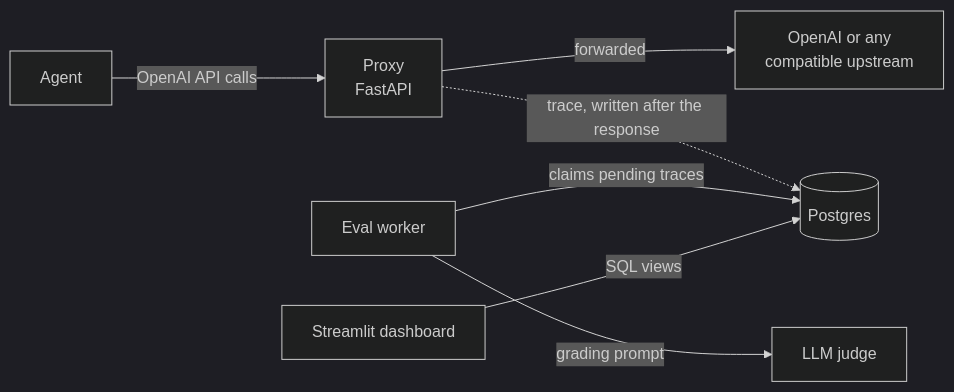
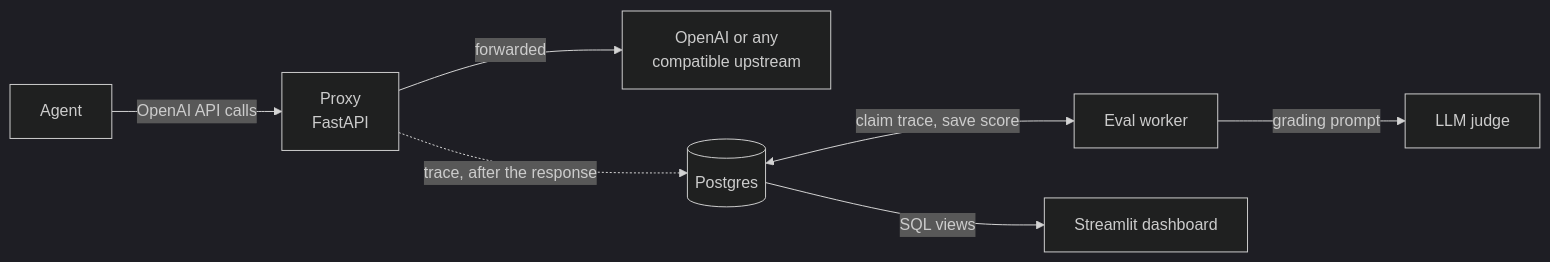
The diagram in README.md (Bala-vikram8/Agent-Eval-Proxy), drawn with Mermaid (dark theme) before and after one commit. The commit also changed 1 other file, not shown here.

Commit message:
Untangle the README diagram and loosen one stream timing assertion
Claude-Session: https://claude.ai/code/session_01Jw2EHWt6FFfYaKaRtktTND

````diff
--- a/README.md
+++ b/README.md
@@ -13,9 +13,9 @@
 ```mermaid
 flowchart LR
     A[Agent] -->|OpenAI API calls| P[Proxy<br/>FastAPI]
     P -->|forwarded| U[OpenAI or any<br/>compatible upstream]
-    P -.->|trace, written after the response| DB[(Postgres)]
-    W[Eval worker] -->|claims pending traces| DB
+    P -.->|trace, after the response| DB[(Postgres)]
+    DB <-->|claim trace, save score| W[Eval worker]
     W -->|grading prompt| J[LLM judge]
-    D[Streamlit dashboard] -->|SQL views| DB
+    DB -->|SQL views| D[Streamlit dashboard]
 ```
````
